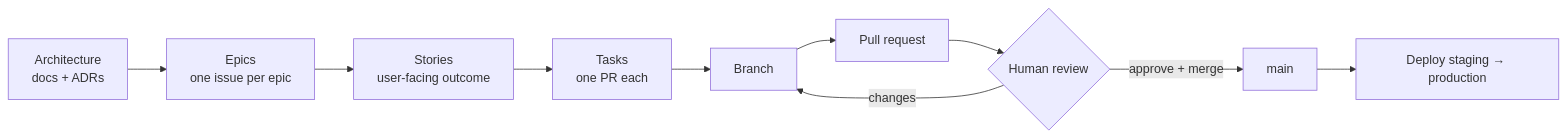
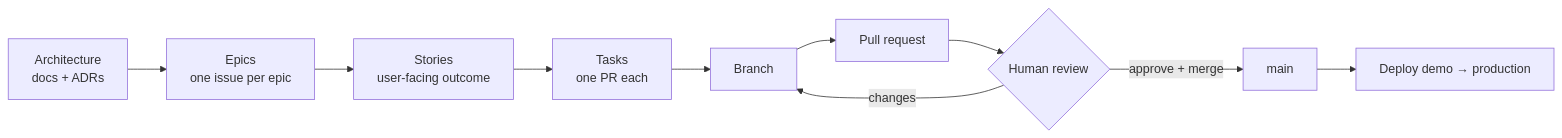
One commit to Blaise-Shyaka/footsoldier changed the diagram in docs/architecture/12-delivery-workflow.md. Above: the diagram before and after it, drawn with Mermaid. The commit also changed other lines of this file and 24 other files, not shown here.

````diff
--- a/docs/architecture/12-delivery-workflow.md
+++ b/docs/architecture/12-delivery-workflow.md
@@ -9,10 +9,10 @@
 ```mermaid
 flowchart LR
   A[Architecture<br/>docs + ADRs] --> E[Epics<br/>one issue per epic]
   E --> S[Stories<br/>user-facing outcome]
   S --> T[Tasks<br/>one PR each]
   T --> B[Branch] --> P[Pull request] --> R{Human review}
   R -->|changes| B
   R -->|approve + merge| M[main]
-  M --> D[Deploy staging → production]
+  M --> D[Deploy demo → production]
 ```
````
